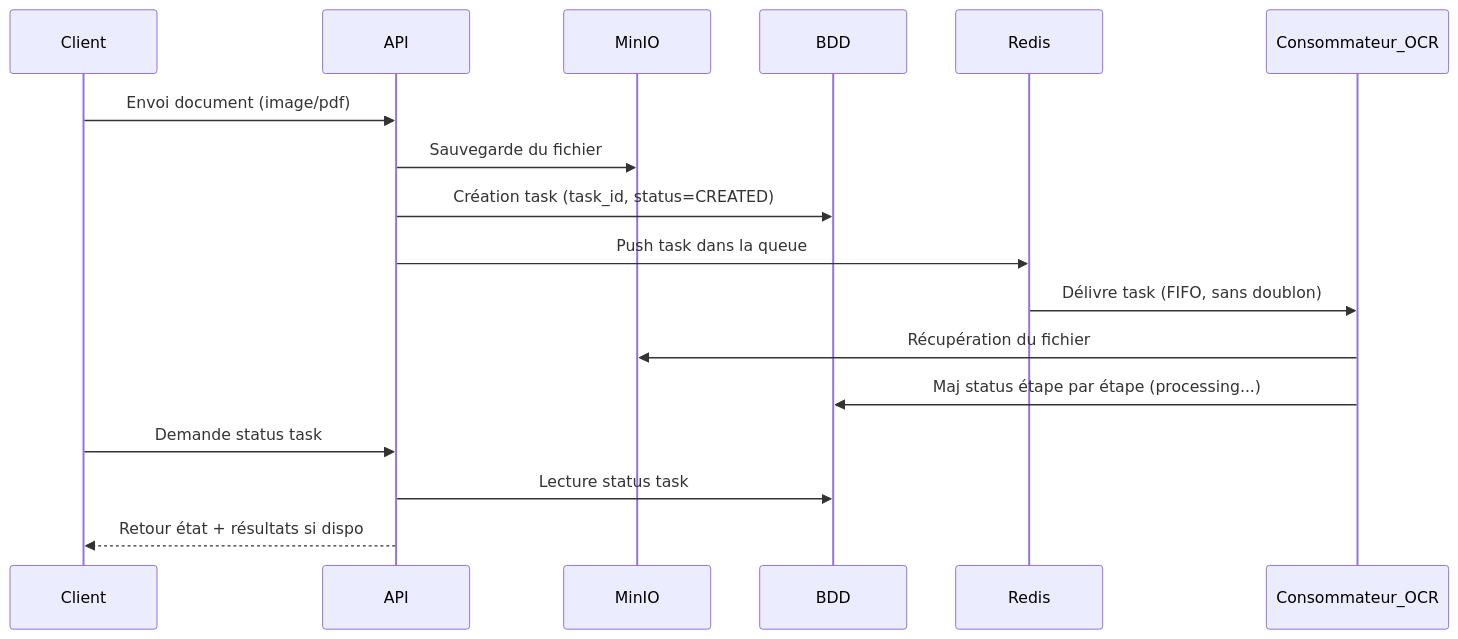
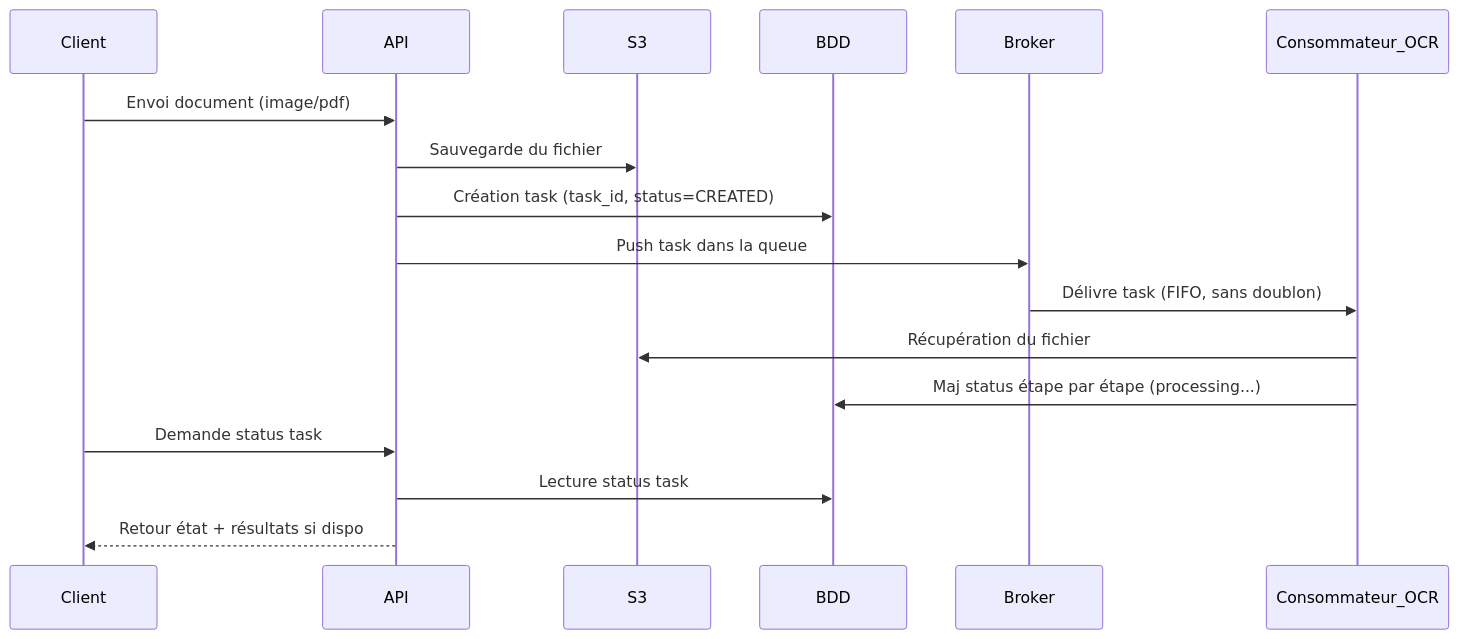
Before and after one commit to IA-Generative/ocr-api: the second of 2 diagrams in README.md, drawn with Mermaid. The commit also changed other lines of this file and 1 other file, not shown here.

````diff
--- a/README.md
+++ b/README.md
@@ -172,23 +45,21 @@
 ```mermaid
 sequenceDiagram
     participant Client
     participant API
-    participant MinIO
+    participant S3
     participant BDD
-    participant Redis
+    participant Broker
     participant Consommateur_OCR
 
     Client->>API: Envoi document (image/pdf)
-    API->>MinIO: Sauvegarde du fichier
+    API->>S3: Sauvegarde du fichier
     API->>BDD: Création task (task_id, status=CREATED)
-    API->>Redis: Push task dans la queue
-
-    Redis->>Consommateur_OCR: Délivre task (FIFO, sans doublon)
-    Consommateur_OCR->>MinIO: Récupération du fichier
+    API->>Broker: Push task dans la queue
+    Broker->>Consommateur_OCR: Délivre task (FIFO, sans doublon)
+    Consommateur_OCR->>S3: Récupération du fichier
     Consommateur_OCR->>BDD: Maj status étape par étape (processing...)
-
     Client->>API: Demande status task
     API->>BDD: Lecture status task
     API-->>Client: Retour état + résultats si dispo
 
 ```
````
